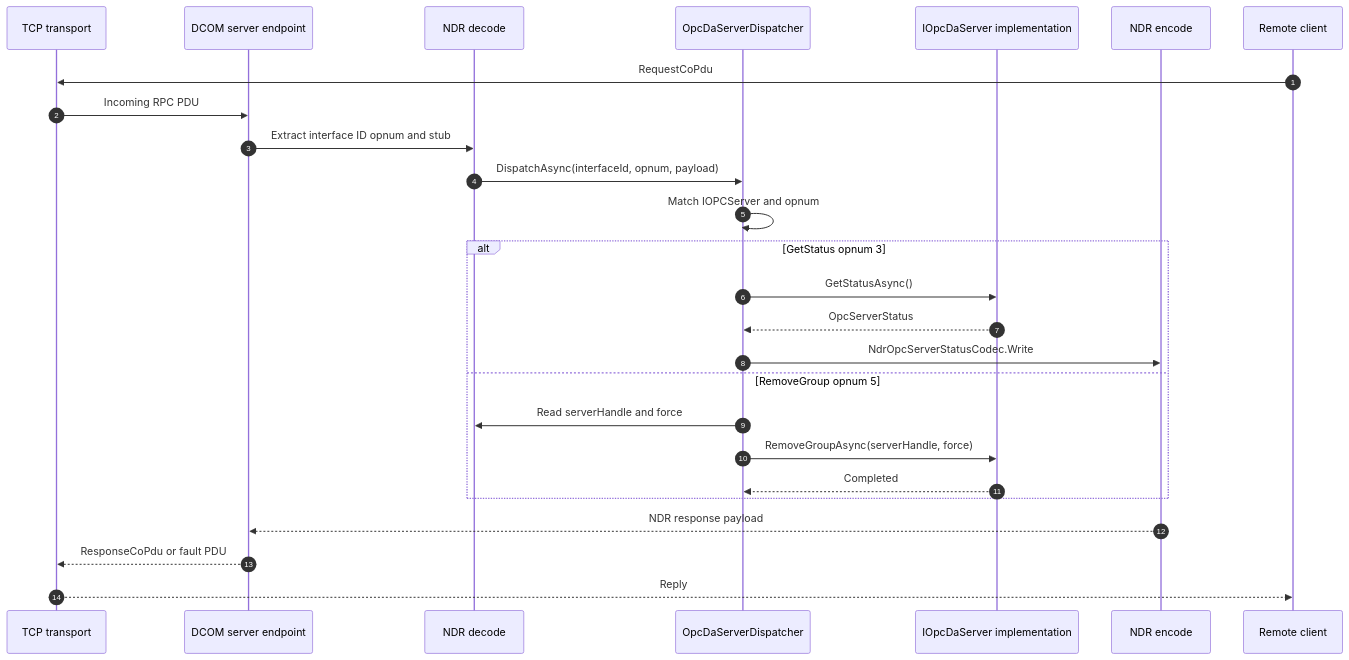
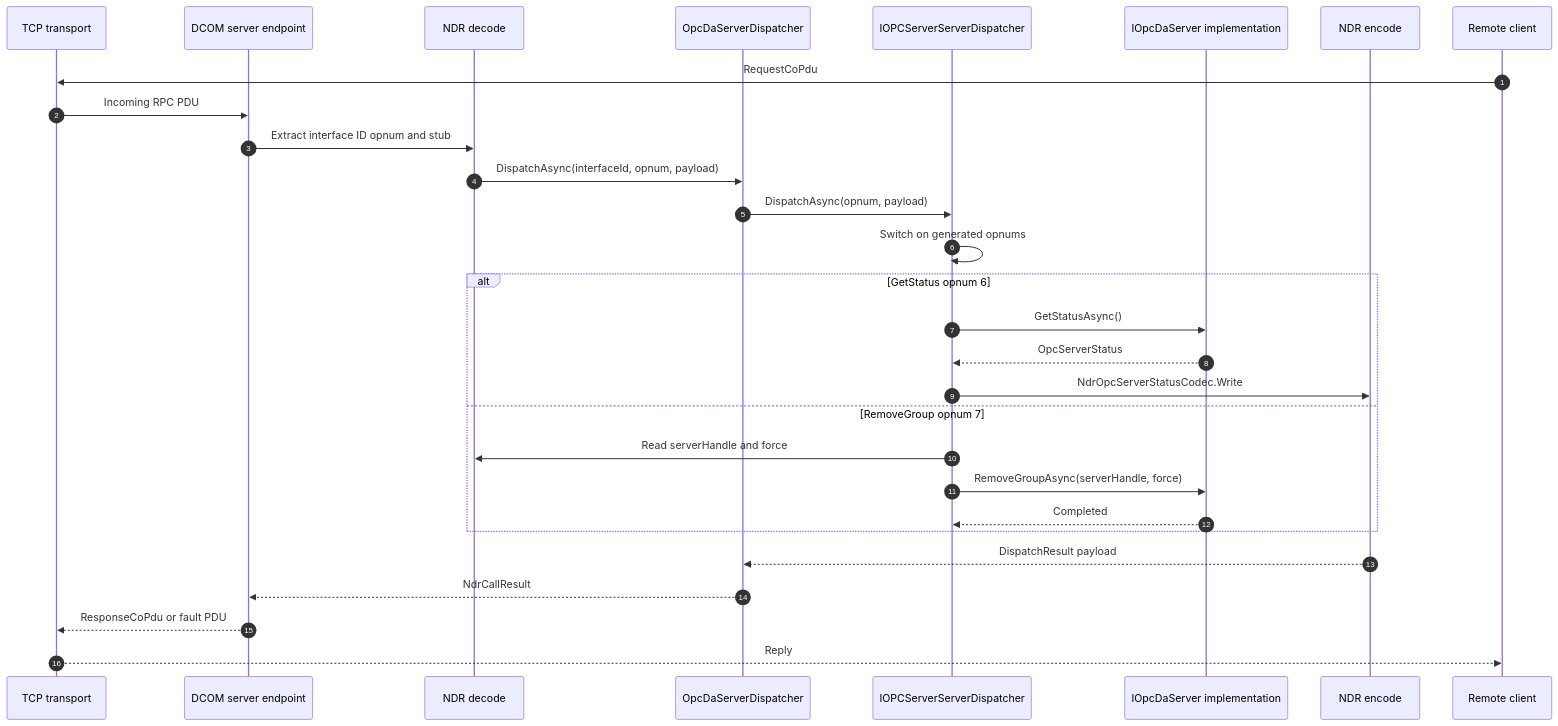
One commit to marcschier/opc-classic changed the diagram in docs/diagrams/03-server-dispatch-flow.md. Above: the diagram before and after it, drawn with Mermaid. The commit also changed other lines of this file and 9 other files, not shown here.

Commit message:
Docs: rewrite diagrams/ as current-state (no transitional Dcom narrative)

````diff
--- a/docs/diagrams/03-server-dispatch-flow.md
+++ b/docs/diagrams/03-server-dispatch-flow.md
@@ -9,29 +9,32 @@
 ```mermaid
 sequenceDiagram
     autonumber
     participant Tcp as TCP transport
     participant Endpoint as DCOM server endpoint
     participant NdrIn as NDR decode
-    participant Dispatcher as OpcDaServerDispatcher
+    participant Adapter as OpcDaServerDispatcher
+    participant Dispatcher as IOPCServerServerDispatcher
     participant Impl as IOpcDaServer implementation
     participant NdrOut as NDR encode
     participant Client as Remote client
 
     Client->>Tcp: RequestCoPdu
     Tcp->>Endpoint: Incoming RPC PDU
     Endpoint->>NdrIn: Extract interface ID opnum and stub
-    NdrIn->>Dispatcher: DispatchAsync(interfaceId, opnum, payload)
-    Dispatcher->>Dispatcher: Match IOPCServer and opnum
-    alt GetStatus opnum 3
+    NdrIn->>Adapter: DispatchAsync(interfaceId, opnum, payload)
+    Adapter->>Dispatcher: DispatchAsync(opnum, payload)
+    Dispatcher->>Dispatcher: Switch on generated opnums
+    alt GetStatus opnum 6
         Dispatcher->>Impl: GetStatusAsync()
         Impl-->>Dispatcher: OpcServerStatus
         Dispatcher->>NdrOut: NdrOpcServerStatusCodec.Write
-    else RemoveGroup opnum 5
+    else RemoveGroup opnum 7
         Dispatcher->>NdrIn: Read serverHandle and force
         Dispatcher->>Impl: RemoveGroupAsync(serverHandle, force)
         Impl-->>Dispatcher: Completed
     end
-    NdrOut-->>Endpoint: NDR response payload
+    NdrOut-->>Adapter: DispatchResult payload
+    Adapter-->>Endpoint: NdrCallResult
     Endpoint-->>Tcp: ResponseCoPdu or fault PDU
     Tcp-->>Client: Reply
 ```
````
